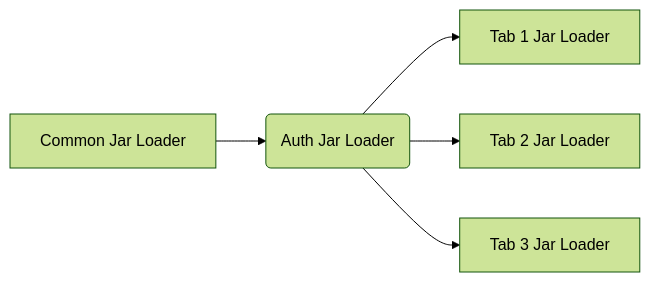
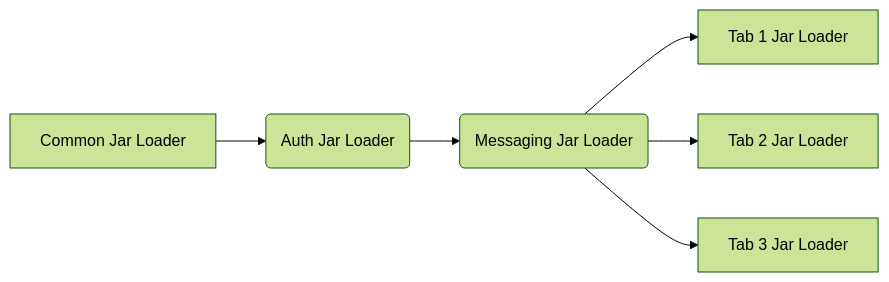
The diagram in CREATE-PROJECT.md (open-toast/pulseman), drawn with Mermaid (forest theme) before and after one commit. The commit also changed other lines of this file and 38 other files, not shown here.

````diff
--- a/CREATE-PROJECT.md
+++ b/CREATE-PROJECT.md
@@ -26,7 +28,8 @@
 ```mermaid
 graph LR
-    CJ[Common Jar Loader] --> AJ(Auth Jar Loader)
-    AJ --> T![Tab 1 Jar Loader]
-    AJ --> T2[Tab 2 Jar Loader]
-    AJ --> T3[Tab 3 Jar Loader]
+    CJ[Common Jar Loader] --> AJ(Auth Jar Loader) 
+    AJ --> MJ(Messaging Jar Loader)
+    MJ --> T![Tab 1 Jar Loader]
+    MJ --> T2[Tab 2 Jar Loader]
+    MJ --> T3[Tab 3 Jar Loader]
 ```
````
